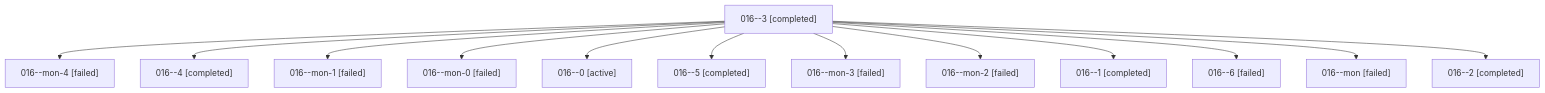
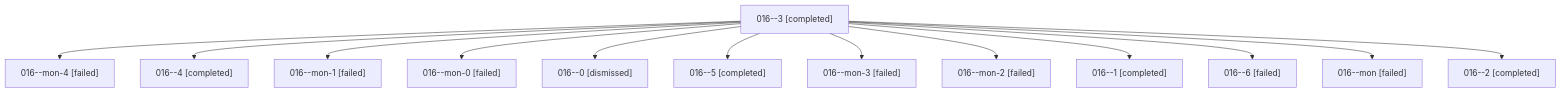
Before and after one commit to sase-org/sase--agents: the diagram in sessions/bbugyi200.athena.016.md, drawn with Mermaid. The commit also changed other lines of this file and 46 other files, not shown here.

````diff
--- a/sessions/bbugyi200.athena.016.md
+++ b/sessions/bbugyi200.athena.016.md
@@ -9,28 +9,28 @@
 ```mermaid
 flowchart TD
   n0["016--3 [completed]"]
   n1["016--mon-4 [failed]"]
   n0 --> n1
   n2["016--4 [completed]"]
   n0 --> n2
   n3["016--mon-1 [failed]"]
   n0 --> n3
   n4["016--mon-0 [failed]"]
   n0 --> n4
-  n5["016--0 [active]"]
+  n5["016--0 [dismissed]"]
   n0 --> n5
   n6["016--5 [completed]"]
   n0 --> n6
   n7["016--mon-3 [failed]"]
   n0 --> n7
   n8["016--mon-2 [failed]"]
   n0 --> n8
   n9["016--1 [completed]"]
   n0 --> n9
   n10["016--6 [failed]"]
   n0 --> n10
   n11["016--mon [failed]"]
   n0 --> n11
   n12["016--2 [completed]"]
   n0 --> n12
 ```
````
